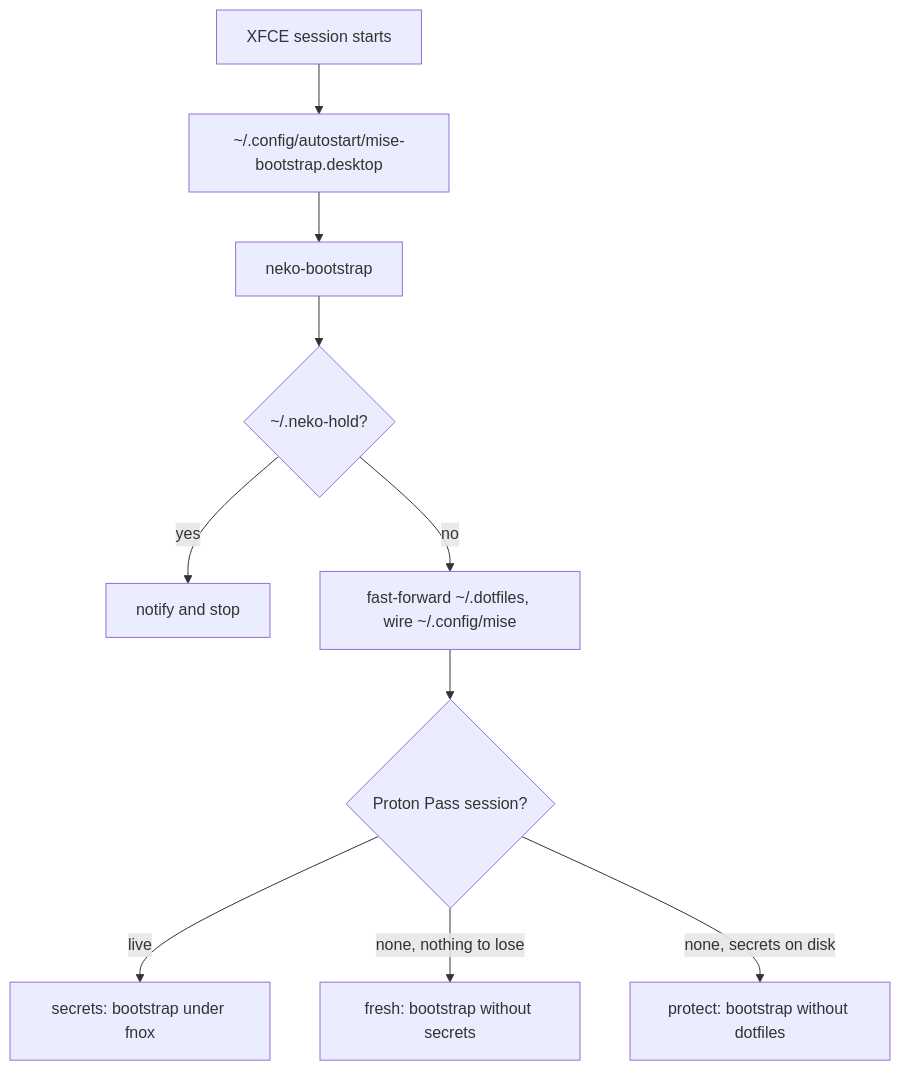
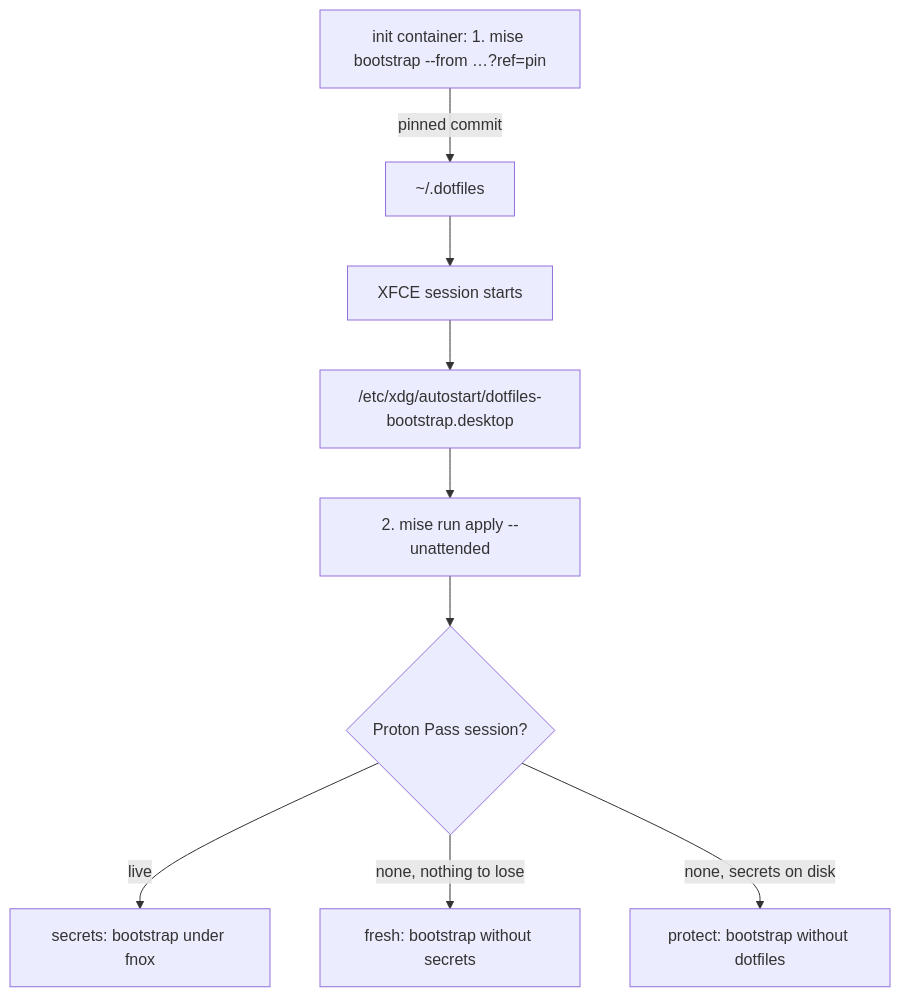
One commit to h-wb/dotfiles changed the diagram in conf.d/neko/README.md. Above: the diagram before and after it, drawn with Mermaid. The commit also changed other lines of this file and 40 other files, not shown here.

````diff
--- a/conf.d/neko/README.md
+++ b/conf.d/neko/README.md
@@ -27,12 +27,11 @@
 ```mermaid
 flowchart TD
-  S[XFCE session starts] --> A["~/.config/autostart/mise-bootstrap.desktop"]
-  A --> B[neko-bootstrap]
-  B --> H{"~/.neko-hold?"}
-  H -->|yes| N[notify and stop]
-  H -->|no| P[fast-forward ~/.dotfiles, wire ~/.config/mise]
-  P --> M{Proton Pass session?}
+  I["init container: 1. mise bootstrap --from …?ref=pin"] -->|pinned commit| D["~/.dotfiles"]
+  D --> S[XFCE session starts]
+  S --> A["/etc/xdg/autostart/dotfiles-bootstrap.desktop"]
+  A --> B["2. mise run apply --unattended"]
+  B --> M{Proton Pass session?}
   M -->|live| SE[secrets: bootstrap under fnox]
   M -->|none, nothing to lose| FR[fresh: bootstrap without secrets]
   M -->|none, secrets on disk| PR[protect: bootstrap without dotfiles]
 ```
````
